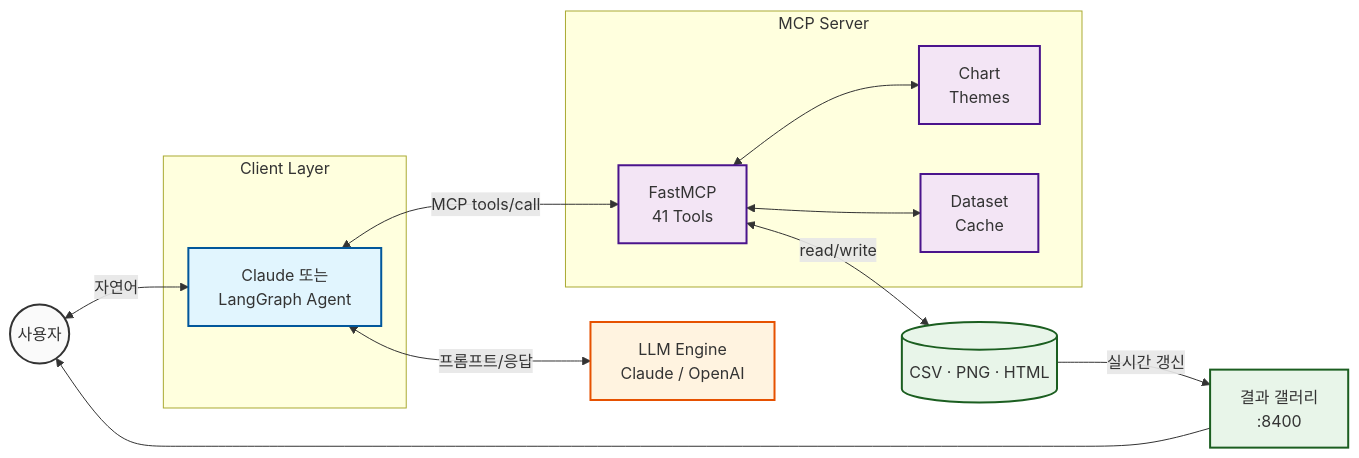
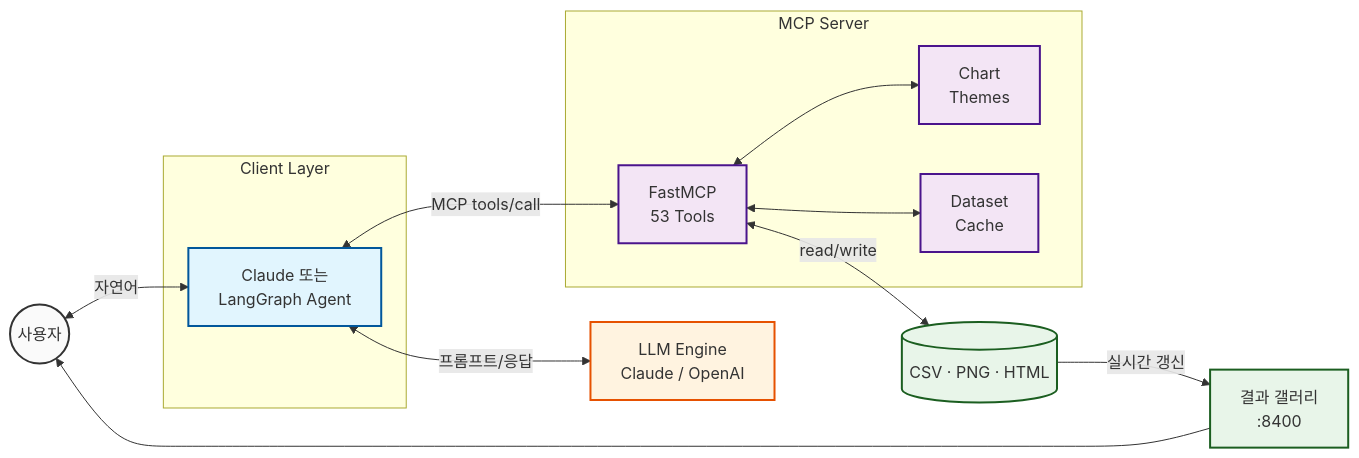
One commit to chaeminyoon/Data-Analyze-MCP changed the diagram in README.md. Above: the diagram before and after it, drawn with Mermaid. The commit also changed other lines of this file and 22 other files, not shown here.

First line of the commit message:
feat: validated chart palettes, mark specs, and 12 new chart tools (41 → 53)

````diff
--- a/README.md
+++ b/README.md
@@ -237,36 +273,36 @@
 ```mermaid
 graph LR
     classDef blue fill:#e1f5fe,stroke:#01579b,stroke-width:2px
     classDef purple fill:#f3e5f5,stroke:#4a148c,stroke-width:2px
     classDef orange fill:#fff3e0,stroke:#e65100,stroke-width:2px
     classDef green fill:#e8f5e9,stroke:#1b5e20,stroke-width:2px
     classDef gray fill:#fafafa,stroke:#333,stroke-width:2px
 
     User((사용자))
     subgraph Client [Client Layer]
         Agent[Claude 또는<br/>LangGraph Agent]
     end
     LLM[LLM Engine<br/>Claude / OpenAI]
     subgraph MCPLayer [MCP Server]
-        Server[FastMCP<br/>41 Tools]
+        Server[FastMCP<br/>53 Tools]
         Theme[Chart<br/>Themes]
         Cache[Dataset<br/>Cache]
     end
     Files[(CSV · PNG · HTML)]
     Viewer[결과 갤러리<br/>:8400]
 
     User <-->|자연어| Agent
     Agent <-->|프롬프트/응답| LLM
     Agent <-->|MCP tools/call| Server
     Server <--> Cache
     Server <--> Theme
     Server <-->|read/write| Files
     Files -->|실시간 갱신| Viewer
     Viewer --> User
 
     class User gray
     class Agent blue
     class LLM orange
     class Server,Cache,Theme purple
     class Files,Viewer green
 ```
````
